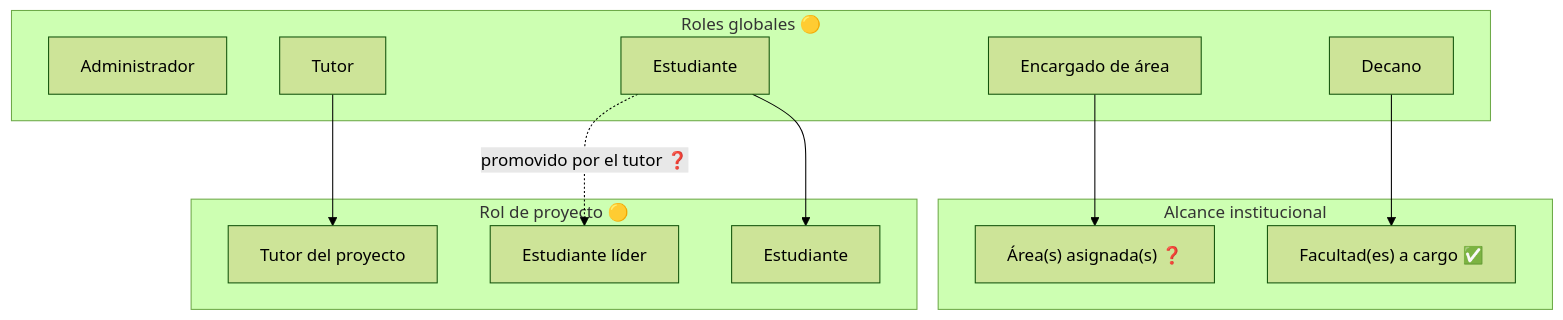
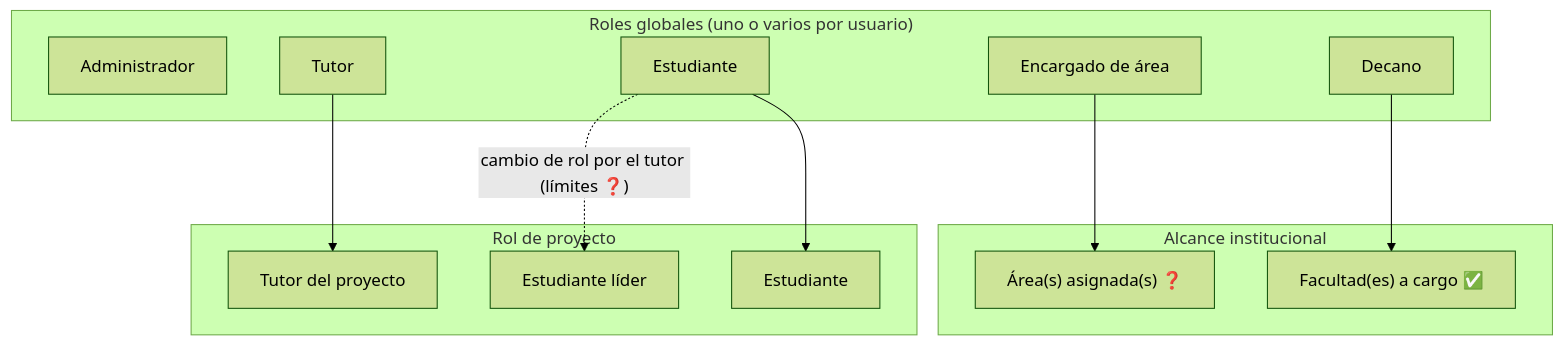
Before and after one commit to Jcortesc03/Gestor-semilleros: the diagram in docs/domain/roles-permissions.md, drawn with Mermaid (forest theme). The commit also changed other lines of this file and 24 other files, not shown here.

````diff
--- a/docs/domain/roles-permissions.md
+++ b/docs/domain/roles-permissions.md
@@ -21,24 +22,24 @@
 ```mermaid
 flowchart TB
-    subgraph Global["Roles globales 🟡"]
+    subgraph Global["Roles globales (uno o varios por usuario)"]
         AD["Administrador"]
         EA["Encargado de área"]
         DE["Decano"]
         TU["Tutor"]
         ES["Estudiante"]
     end
     subgraph Institucional["Alcance institucional"]
         AR["Área(s) asignada(s) ❓"]
         FA["Facultad(es) a cargo ✅"]
     end
-    subgraph EnProyecto["Rol de proyecto 🟡"]
+    subgraph EnProyecto["Rol de proyecto"]
         PT["Tutor del proyecto"]
         PL["Estudiante líder"]
         PE["Estudiante"]
     end
     EA --> AR
     DE --> FA
     TU --> PT
     ES --> PE
-    ES -. "promovido por el tutor ❓" .-> PL
+    ES -. "cambio de rol por el tutor (límites ❓)" .-> PL
 ```
````
